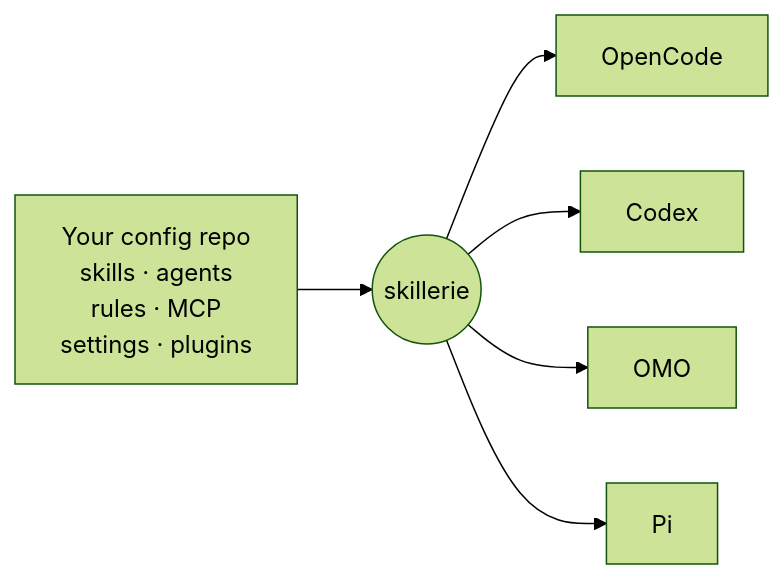
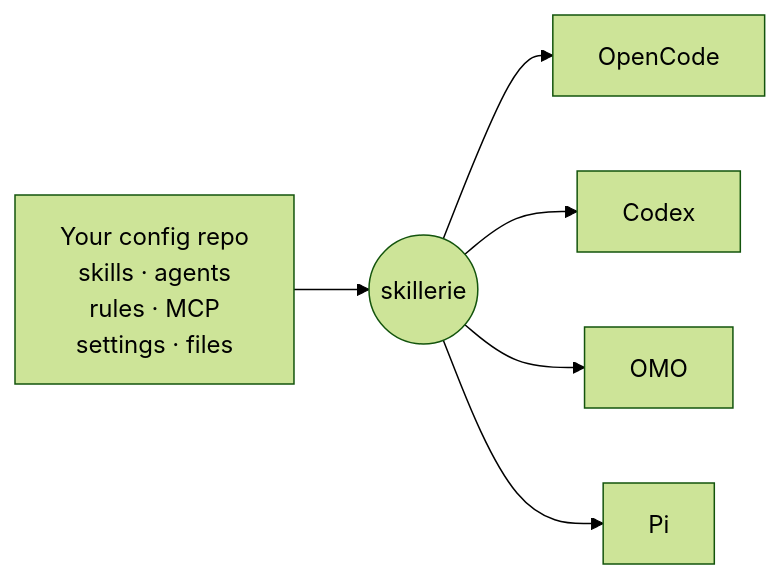
The diagram in README.md (e-n-0/skillerie), drawn with Mermaid (forest theme) before and after one commit.

Commit message:
docs: fit diagram label on one line each

````diff
--- a/README.md
+++ b/README.md
@@ -26,8 +26,8 @@
 ```mermaid
 flowchart LR
-  repo["Your config repo<br/>skills · agents<br/>rules · MCP<br/>settings · plugins"] --> skillerie((skillerie))
+  repo["Your config repo<br/>skills · agents<br/>rules · MCP<br/>settings · files"] --> skillerie((skillerie))
   skillerie --> OpenCode
   skillerie --> Codex
   skillerie --> OMO
   skillerie --> Pi
 ```
````
